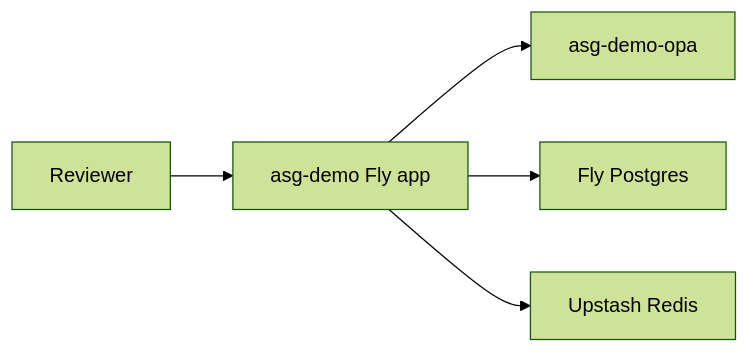
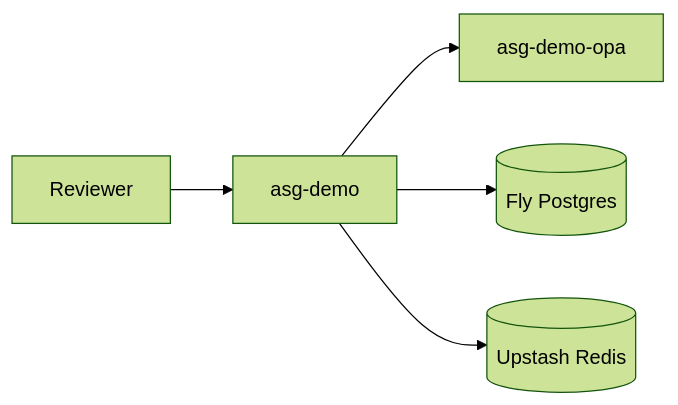
Before and after one commit to giselleevita/agent-security-gate: the diagram in docs/demo-deployment.md, drawn with Mermaid (forest theme). The commit also changed other lines of this file and 8 other files, not shown here.

````diff
--- a/docs/demo-deployment.md
+++ b/docs/demo-deployment.md
@@ -7,7 +41,7 @@
 ```mermaid
 flowchart LR
-  User[Reviewer] --> FlyGW[asg-demo Fly app]
-  FlyGW --> FlyOPA[asg-demo-opa]
-  FlyGW --> FlyPG[Fly Postgres]
-  FlyGW --> Redis[Upstash Redis]
+  Reviewer[Reviewer] --> GW[asg-demo]
+  GW --> OPA[asg-demo-opa]
+  GW --> PG[(Fly Postgres)]
+  GW --> Redis[(Upstash Redis)]
 ```
````
